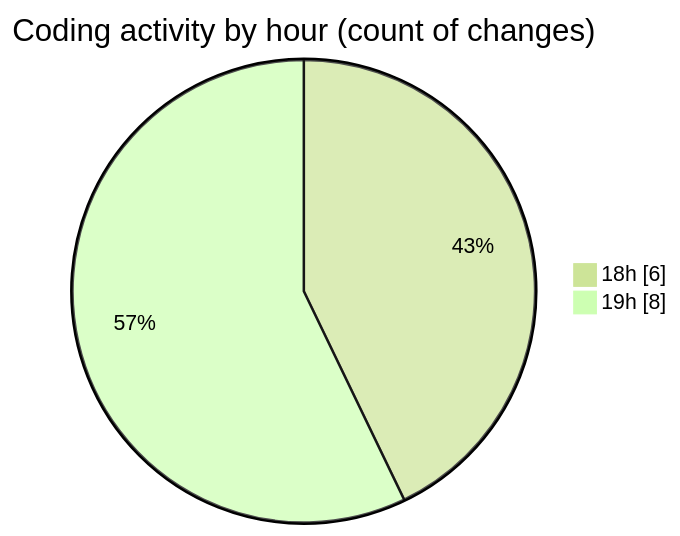
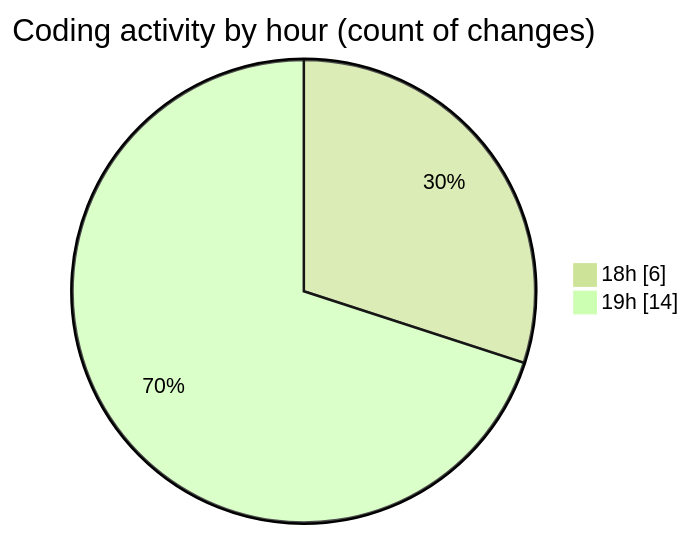
The second of 2 diagrams in 2025-04-23/back-end/README.md (Netris89/code-tracking), drawn with Mermaid (forest theme) before and after one commit. The commit also changed other lines of this file and 1 other file, not shown here.

````diff
--- a/2025-04-23/back-end/README.md
+++ b/2025-04-23/back-end/README.md
@@ -30,6 +30,6 @@
 ```mermaid
 pie showData
 title Coding activity by hour (count of changes)
 "18h" : 6
-"19h" : 8
+"19h" : 14
 ```
````
